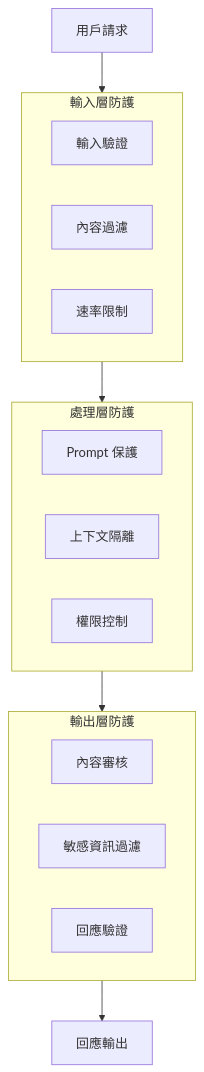
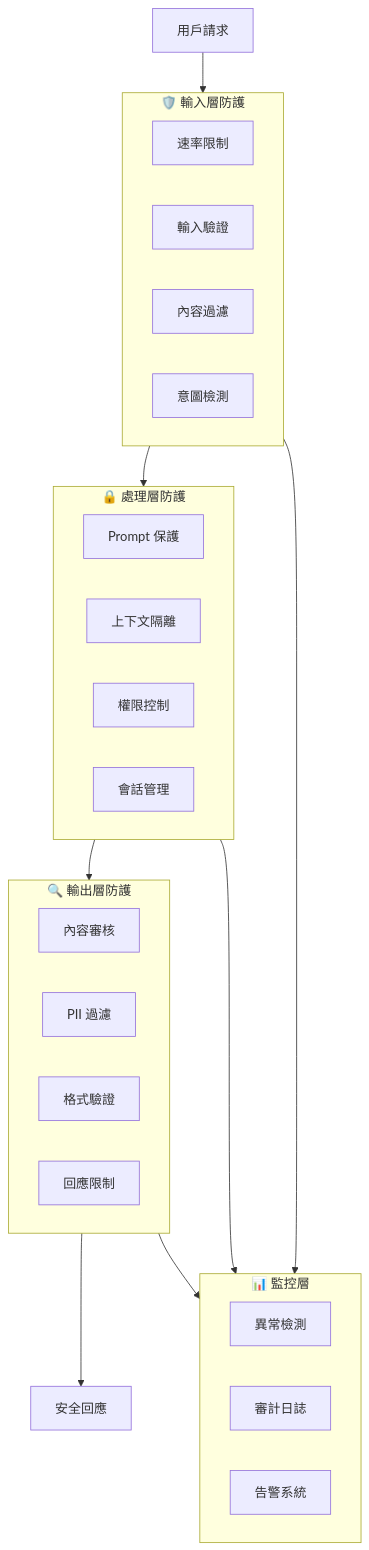
Before and after one commit to CaoCharles/llm-evaluation-notes: the second of 2 diagrams in docs/security/defense-mechanism.md, drawn with Mermaid. The commit also changed other lines of this file and 5 other files, not shown here.

````diff
--- a/docs/security/defense-mechanism.md
+++ b/docs/security/defense-mechanism.md
@@ -7,25 +36,36 @@
 ```mermaid
 graph TB
-    subgraph input["輸入層防護"]
-        I1["輸入驗證"]
-        I2["內容過濾"]
-        I3["速率限制"]
+    subgraph input["🛡️ 輸入層防護"]
+        I1["速率限制"]
+        I2["輸入驗證"]
+        I3["內容過濾"]
+        I4["意圖檢測"]
     end
     
-    subgraph process["處理層防護"]
+    subgraph process["🔒 處理層防護"]
         P1["Prompt 保護"]
         P2["上下文隔離"]
         P3["權限控制"]
+        P4["會話管理"]
     end
     
-    subgraph output["輸出層防護"]
+    subgraph output["🔍 輸出層防護"]
         O1["內容審核"]
-        O2["敏感資訊過濾"]
-        O3["回應驗證"]
+        O2["PII 過濾"]
+        O3["格式驗證"]
+        O4["回應限制"]
+    end
+    
+    subgraph monitor["📊 監控層"]
+        M1["異常檢測"]
+        M2["審計日誌"]
+        M3["告警系統"]
     end
     
     User["用戶請求"] --> input
     input --> process
     process --> output
-    output --> Response["回應輸出"]
+    output --> Response["安全回應"]
+    
+    input & process & output --> monitor
 ```
````
